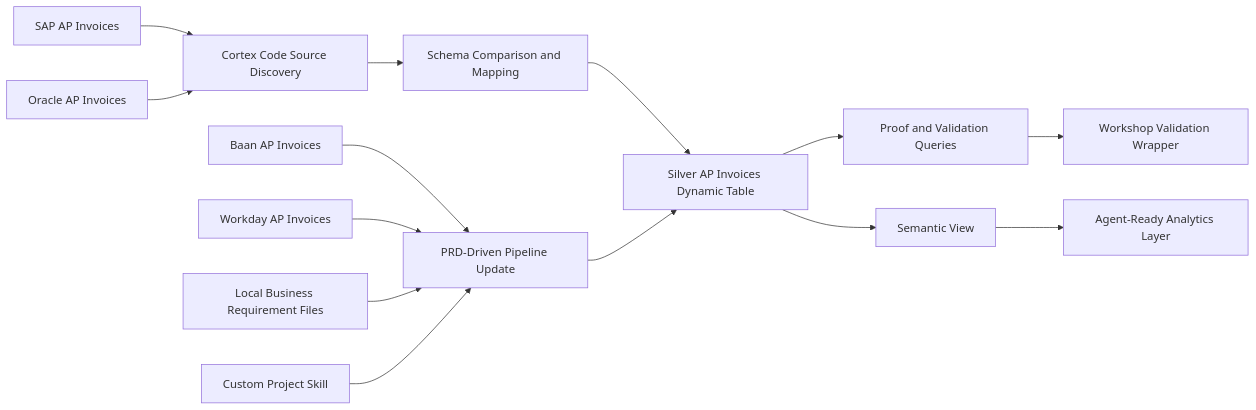
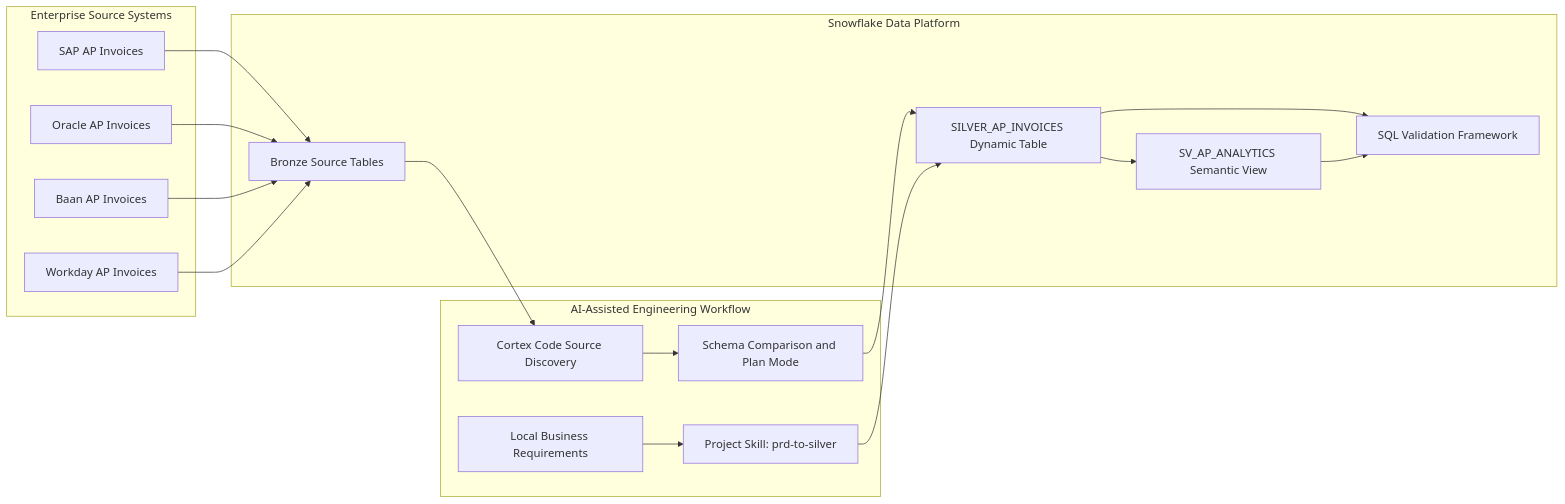
One commit to MonsAbdul/snowflake-coco-ai-data-pipeline changed the diagram in README.md. Above: the diagram before and after it, drawn with Mermaid. The commit also changed other lines of this file, not shown here.

````diff
--- a/README.md
+++ b/README.md
@@ -21,21 +67,39 @@
 ```mermaid
 flowchart LR
-    A[SAP AP Invoices] --> E[Cortex Code Source Discovery]
-    B[Oracle AP Invoices] --> E
-    C[Baan AP Invoices] --> F[PRD-Driven Pipeline Update]
-    D[Workday AP Invoices] --> F
+    subgraph Sources["Enterprise Source Systems"]
+        SAP[SAP AP Invoices]
+        ORA[Oracle AP Invoices]
+        BAAN[Baan AP Invoices]
+        WD[Workday AP Invoices]
+    end
 
-    E --> G[Schema Comparison and Mapping]
-    G --> H[Silver AP Invoices Dynamic Table]
+    subgraph Engineering["AI-Assisted Engineering Workflow"]
+        DISC[Cortex Code Source Discovery]
+        PLAN[Schema Comparison and Plan Mode]
+        PRD[Local Business Requirements]
+        SKILL[Project Skill: prd-to-silver]
+    end
 
-    F --> H
+    subgraph Snowflake["Snowflake Data Platform"]
+        BRONZE[Bronze Source Tables]
+        SILVER[SILVER_AP_INVOICES Dynamic Table]
+        SEMANTIC[SV_AP_ANALYTICS Semantic View]
+        VALIDATE[SQL Validation Framework]
+    end
 
-    I[Local Business Requirement Files] --> F
-    J[Custom Project Skill] --> F
+    SAP --> BRONZE
+    ORA --> BRONZE
+    BAAN --> BRONZE
+    WD --> BRONZE
 
-    H --> K[Proof and Validation Queries]
-    H --> L[Semantic View]
-    L --> M[Agent-Ready Analytics Layer]
+    BRONZE --> DISC
+    DISC --> PLAN
+    PLAN --> SILVER
 
-    K --> N[Workshop Validation Wrapper]
+    PRD --> SKILL
+    SKILL --> SILVER
+
+    SILVER --> SEMANTIC
+    SILVER --> VALIDATE
+    SEMANTIC --> VALIDATE
 ```
````
